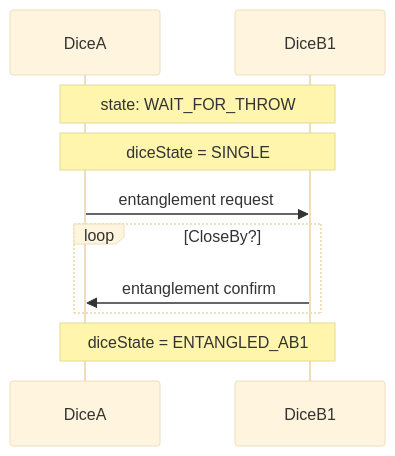
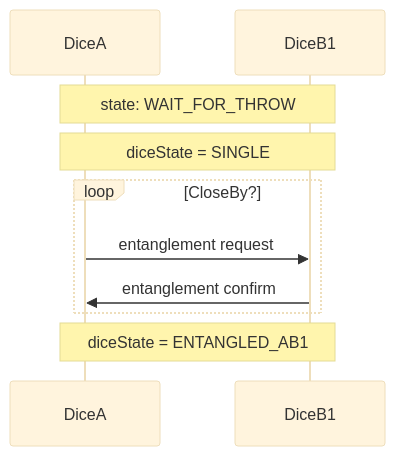
Before and after one commit to qlab-utwente/Quantum-Dice-by-UTwente: the first of 2 diagrams in Arduino/entanglement_sequence.md, drawn with Mermaid (base theme).

````diff
--- a/Arduino/entanglement_sequence.md
+++ b/Arduino/entanglement_sequence.md
@@ -4,12 +4,12 @@
 ```mermaid
 sequenceDiagram
     participant DiceA
     participant DiceB1
     Note over DiceA,DiceB1: state: WAIT_FOR_THROW
     Note over DiceA,DiceB1: diceState = SINGLE
-    DiceA->>DiceB1: entanglement request
     loop CloseBy?
+        DiceA->>DiceB1: entanglement request
         DiceB1->>DiceA: entanglement confirm
     end
     Note over DiceA,DiceB1: diceState = ENTANGLED_AB1
 ```
````
